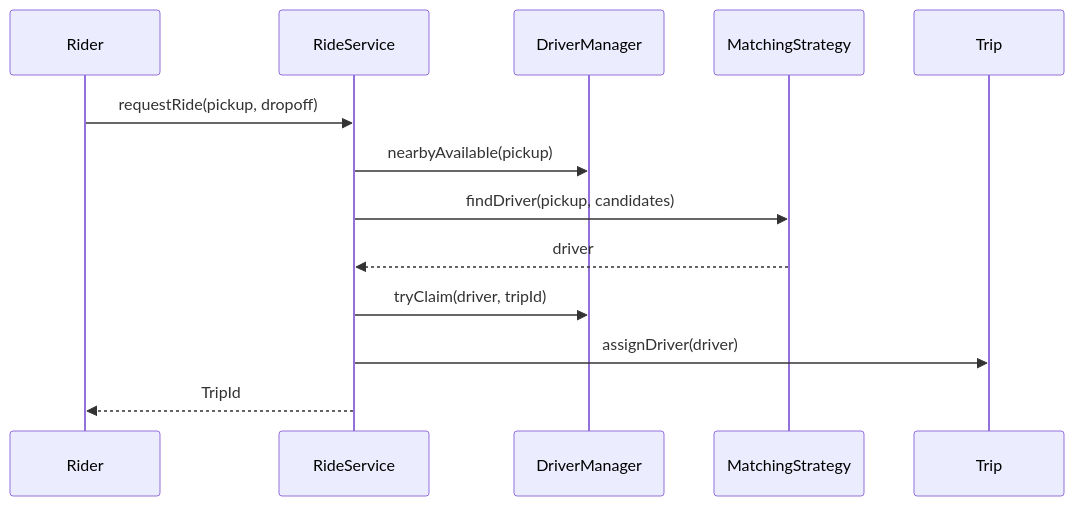
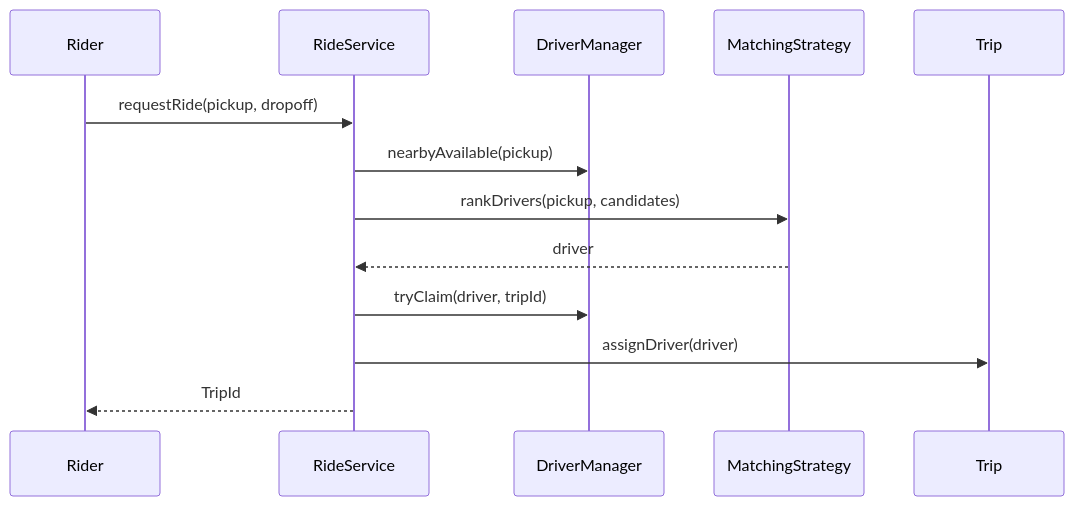
The second of 3 diagrams in low-level-design/ride-hailing-uber.md (Anilinfo2015/anilinfo2015.github.io), drawn with Mermaid before and after one commit. The commit also changed other lines of this file and 13 other files, not shown here.

````diff
--- a/low-level-design/ride-hailing-uber.md
+++ b/low-level-design/ride-hailing-uber.md
@@ -150,15 +151,15 @@
 ```mermaid
 sequenceDiagram
     participant R as Rider
     participant RS as RideService
     participant DM as DriverManager
     participant MS as MatchingStrategy
     participant T as Trip
     R->>RS: requestRide(pickup, dropoff)
     RS->>DM: nearbyAvailable(pickup)
-    RS->>MS: findDriver(pickup, candidates)
+    RS->>MS: rankDrivers(pickup, candidates)
     MS-->>RS: driver
     RS->>DM: tryClaim(driver, tripId)
     RS->>T: assignDriver(driver)
     RS-->>R: TripId
 ```
````
